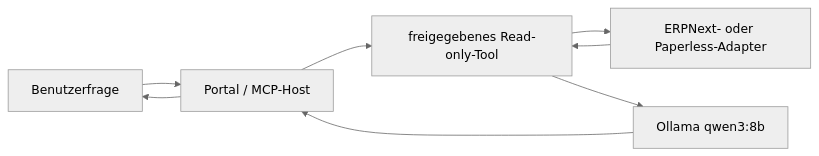
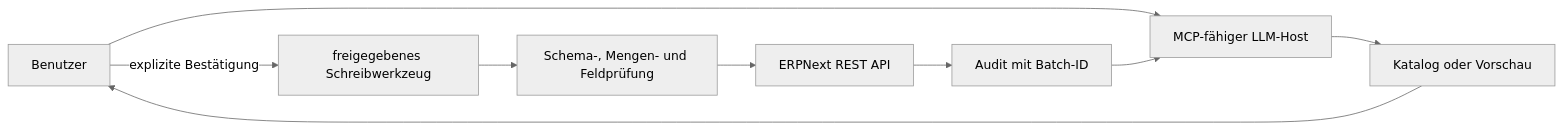
The diagram in docs/interfaces/mcp.md (BasKjell/ERP_Eigenbau), drawn with Mermaid (neutral theme) before and after one commit. The commit also changed other lines of this file and 15 other files, not shown here.

Commit message:
feat: add MCP ERPNext test data imports

````diff
--- a/docs/interfaces/mcp.md
+++ b/docs/interfaces/mcp.md
@@ -16,10 +26,11 @@
 ```mermaid
 flowchart LR
-  U[Benutzerfrage] --> H[Portal / MCP-Host]
-  H --> T[freigegebenes Read-only-Tool]
-  T --> E[ERPNext- oder Paperless-Adapter]
-  E --> T
-  T --> L[Ollama qwen3:8b]
-  L --> H
-  H --> U
+  U[Benutzer] --> H[MCP-fähiger LLM-Host]
+  H --> C[Katalog oder Vorschau]
+  C --> U
+  U -->|explizite Bestätigung| W[freigegebenes Schreibwerkzeug]
+  W --> V[Schema-, Mengen- und Feldprüfung]
+  V --> E[ERPNext REST API]
+  E --> A[Audit mit Batch-ID]
+  A --> H
 ```
````
